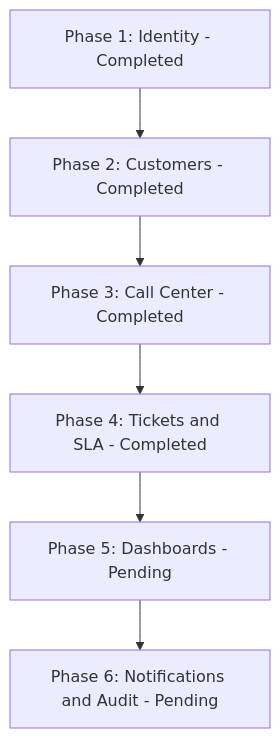
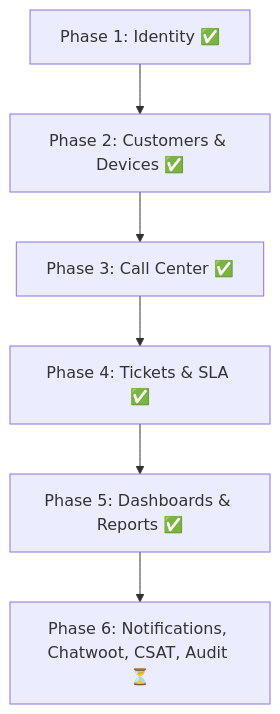
Before and after one commit to Amr-Walid/crm: the diagram in project_audit_report.md, drawn with Mermaid. The commit also changed other lines of this file, not shown here.

Commit message:
docs: update project audit report for Phase 6 roadmap

````diff
--- a/project_audit_report.md
+++ b/project_audit_report.md
@@ -93,8 +107,8 @@
 ```mermaid
 flowchart TD
-    P1[Phase 1: Identity - Completed] --> P2[Phase 2: Customers - Completed]
-    P2 --> P3[Phase 3: Call Center - Completed]
-    P3 --> P4[Phase 4: Tickets and SLA - Completed]
-    P4 --> P5[Phase 5: Dashboards - Pending]
-    P5 --> P6[Phase 6: Notifications and Audit - Pending]
+    P1[Phase 1: Identity ✅] --> P2[Phase 2: Customers & Devices ✅]
+    P2 --> P3[Phase 3: Call Center ✅]
+    P3 --> P4[Phase 4: Tickets & SLA ✅]
+    P4 --> P5[Phase 5: Dashboards & Reports ✅]
+    P5 --> P6[Phase 6: Notifications, Chatwoot, CSAT, Audit ⏳]
 ```
````
